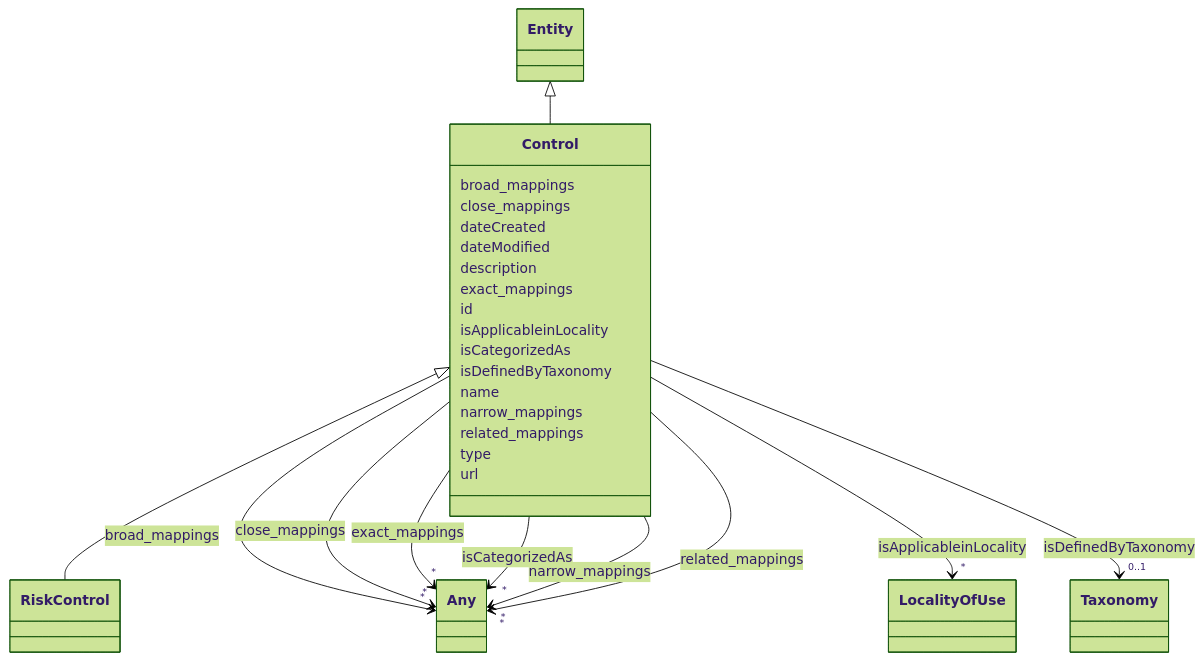
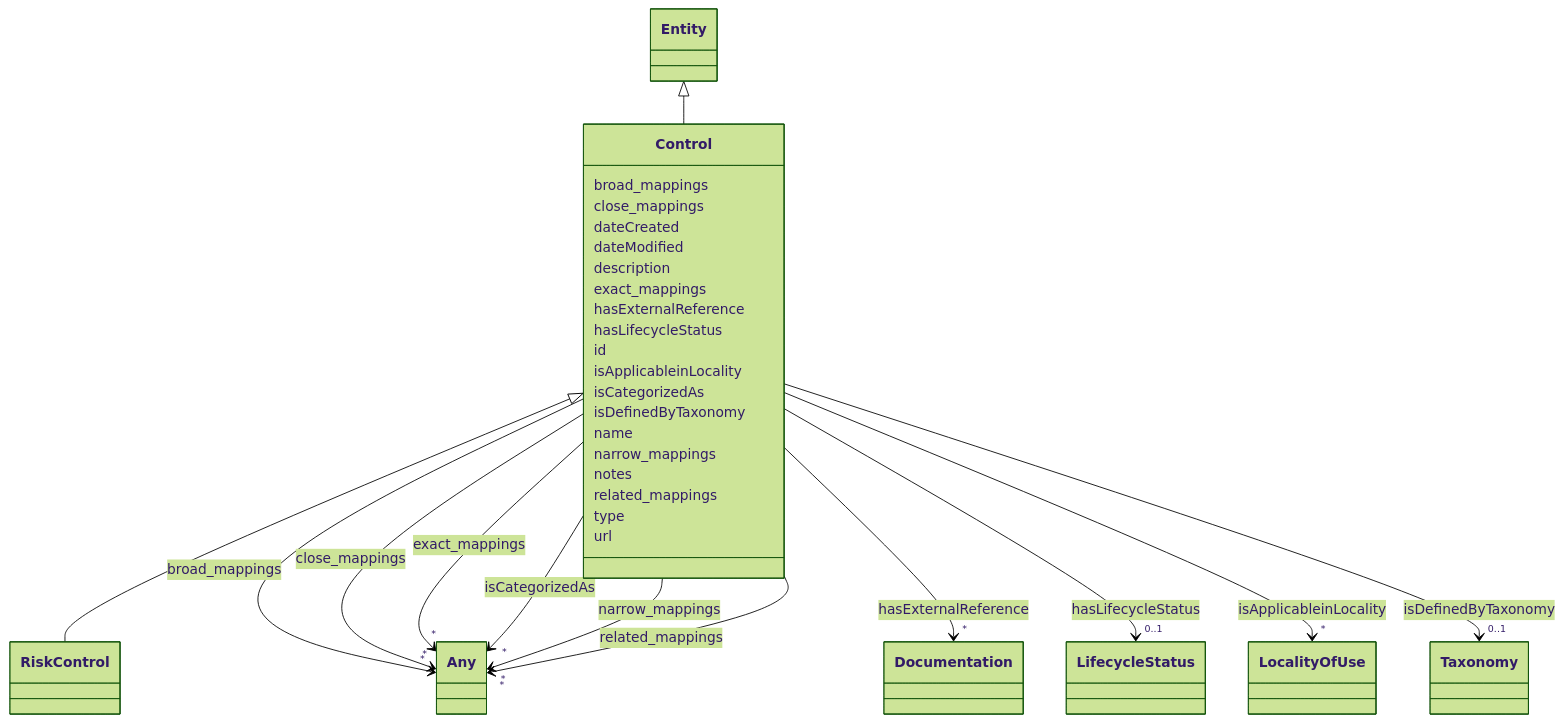
Before and after one commit to ingelise/risk-atlas-nexus: the diagram in docs/ontology/Control.md, drawn with Mermaid (forest theme). The commit also changed other lines of this file and 190 other files, not shown here.

```diff
--- a/docs/ontology/Control.md
+++ b/docs/ontology/Control.md
@@ -64,6 +64,28 @@
 
 
 
+      Control : hasExternalReference
+
+
+
+
+
+        Control --> "*" Documentation : hasExternalReference
+        click Documentation href "../Documentation/"
+
+
+
+      Control : hasLifecycleStatus
+
+
+
+
+
+        Control --> "0..1" LifecycleStatus : hasLifecycleStatus
+        click LifecycleStatus href "../LifecycleStatus/"
+
+
+
       Control : id
 
       Control : isApplicableinLocality
@@ -112,6 +134,8 @@
 
 
 
+      Control : notes
+
       Control : related_mappings
 
 
```
